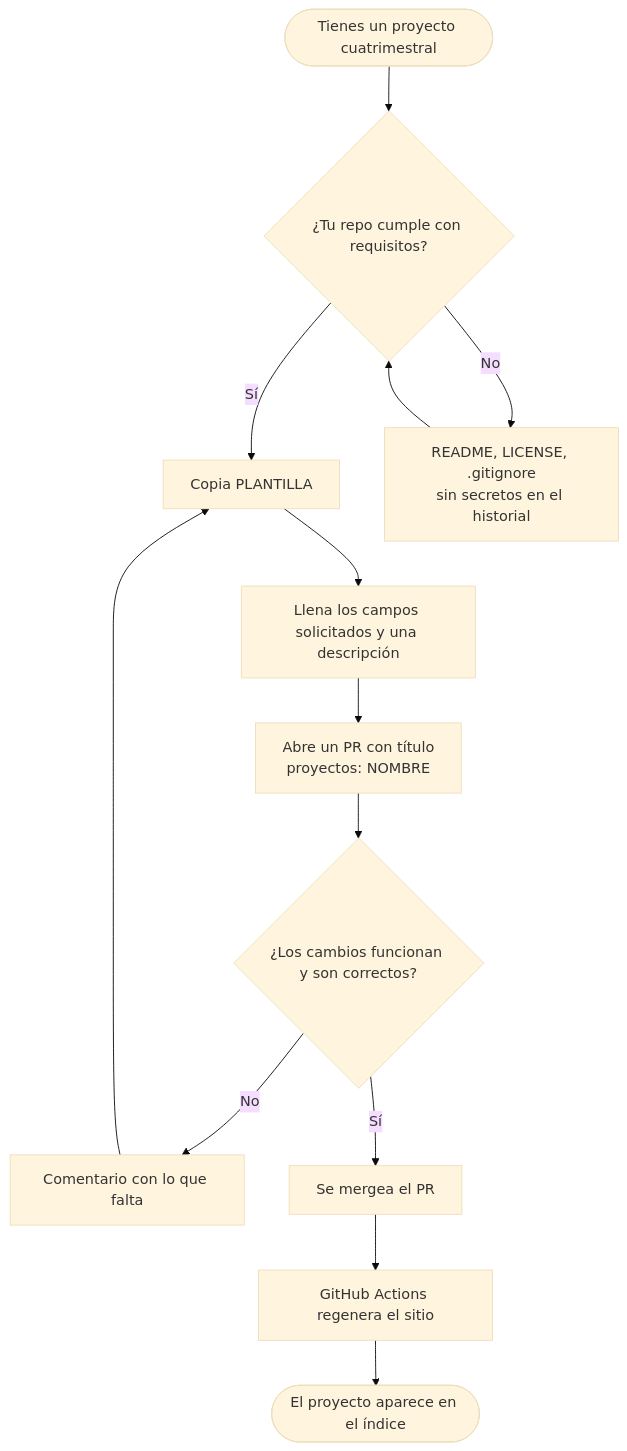
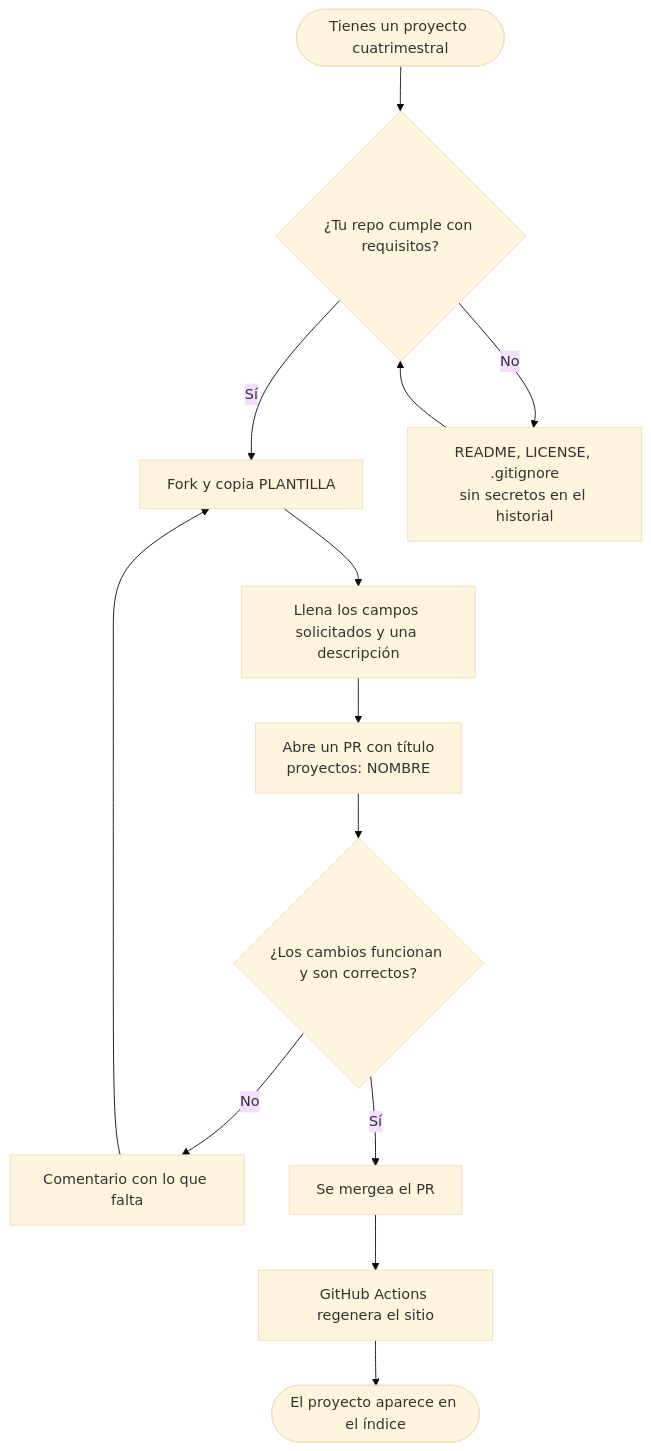
One commit to openutt/openutt.github.io changed the diagram in content/agregar-proyecto/index.md. Above: the diagram before and after it, drawn with Mermaid (base theme). The commit also changed other lines of this file and 2 other files, not shown here.

```diff
--- a/content/agregar-proyecto/index.md
+++ b/content/agregar-proyecto/index.md
@@ -27,15 +40,15 @@
 {{<mermaid>}}
 flowchart TD
   ini([Tienes un proyecto cuatrimestral]) --> req{"¿Tu repo cumple con requisitos?"}
-  req -- Sí --> copia["Copia PLANTILLA"]
+  req -- Sí --> copia["Fork y copia PLANTILLA"]
   req -- No --> fix["README, LICENSE, .gitignore<br/>sin secretos en el historial"]
   fix --> req
   copia --> llena["Llena los campos solicitados y una descripción"]
   llena --> pr["Abre un PR con título<br/>proyectos: NOMBRE"]
   pr --> revisa{"¿Los cambios funcionan y son correctos?"}
   revisa -- No --> com["Comentario con lo que falta"]
   com --> copia
   revisa -- Sí --> merge["Se mergea el PR"]
   merge --> act["GitHub Actions regenera el sitio"]
   act --> fin([El proyecto aparece en el índice])
 {{</mermaid>}}
```
